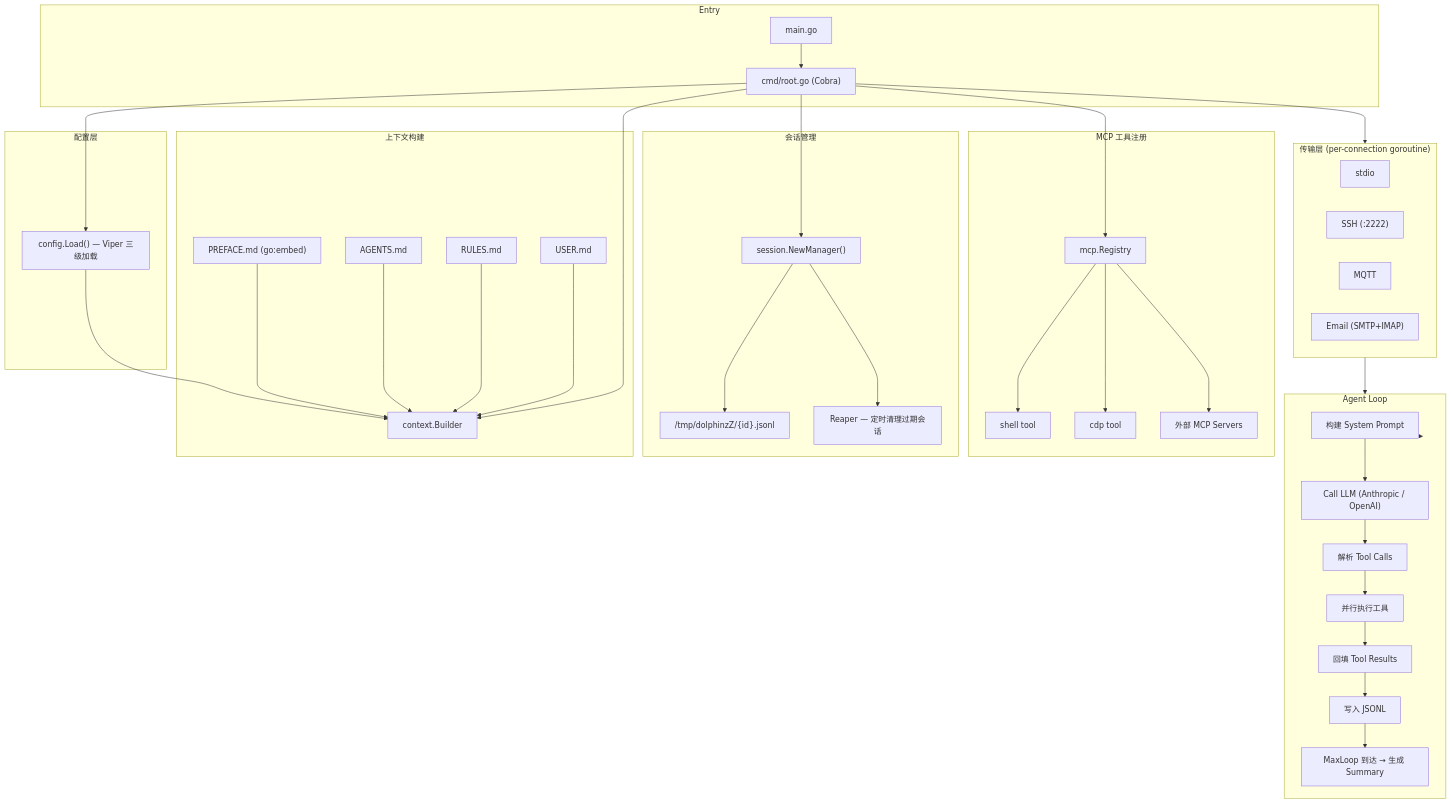
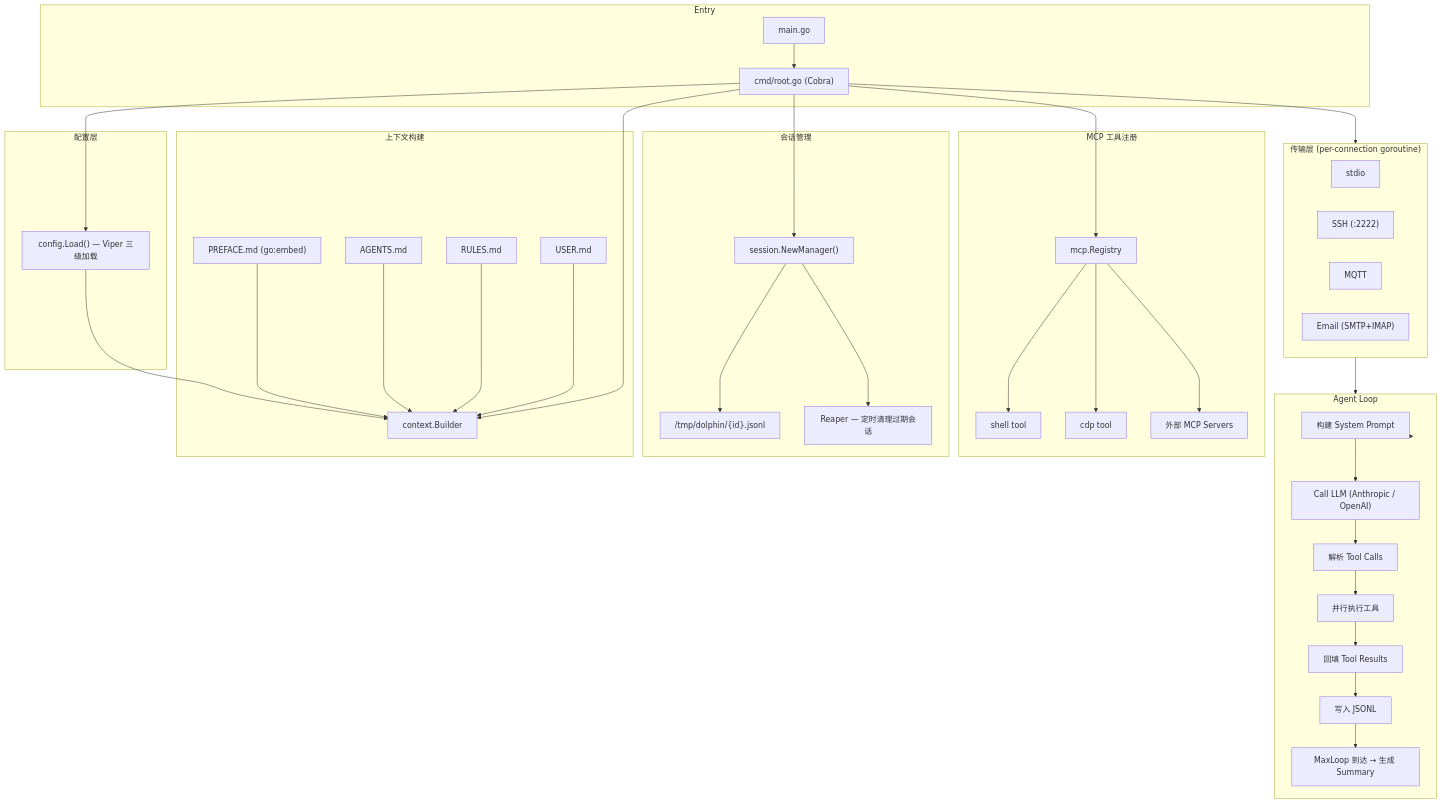
Before and after one commit to dolphinZzv/dolphin-ai: the first of 9 diagrams in design/DESIGN.md, drawn with Mermaid. The commit also changed other lines of this file and 79 other files, not shown here.

First line of the commit message:
refactor: rename project from dolphinzZ to dolphin

````diff
--- a/design/DESIGN.md
+++ b/design/DESIGN.md
@@ -13,68 +13,68 @@
 ```mermaid
 flowchart TB
     subgraph Entry
         main["main.go"]
         cmd["cmd/root.go (Cobra)"]
     end
 
     subgraph Config["配置层"]
         config["config.Load() — Viper 三级加载"]
     end
 
     subgraph Context["上下文构建"]
         preface["PREFACE.md (go:embed)"]
         agentsMD["AGENTS.md"]
         rules["RULES.md"]
         user["USER.md"]
         builder["context.Builder"]
     end
 
     subgraph Transport["传输层 (per-connection goroutine)"]
         stdio["stdio"]
         ssh["SSH (:2222)"]
         mqtt["MQTT"]
         email["Email (SMTP+IMAP)"]
     end
 
     subgraph Session["会话管理"]
         sessionMgr["session.NewManager()"]
-        jsonl["/tmp/dolphinzZ/{id}.jsonl"]
+        jsonl["/tmp/dolphin/{id}.jsonl"]
         reaper["Reaper — 定时清理过期会话"]
     end
 
     subgraph MCP["MCP 工具注册"]
         registry["mcp.Registry"]
         shell["shell tool"]
         cdp["cdp tool"]
         ext["外部 MCP Servers"]
     end
 
     subgraph AgentLoop["Agent Loop"]
         buildPrompt["构建 System Prompt"]
         callLLM["Call LLM (Anthropic / OpenAI)"]
         parseTools["解析 Tool Calls"]
         execTools["并行执行工具"]
         fillBack["回填 Tool Results"]
         writeJSONL["写入 JSONL"]
         checkMax["MaxLoop 到达 → 生成 Summary"]
     end
 
     main --> cmd
     cmd --> config
     cmd --> builder
     cmd --> Transport
     cmd --> sessionMgr
     cmd --> registry
     config --> builder
     preface --> builder
     agentsMD --> builder
     rules --> builder
     user --> builder
     registry --> shell
     registry --> cdp
     registry --> ext
     sessionMgr --> jsonl
     sessionMgr --> reaper
     Transport --> AgentLoop
     AgentLoop --> buildPrompt --> callLLM --> parseTools --> execTools --> fillBack --> writeJSONL --> checkMax
 ```
````
